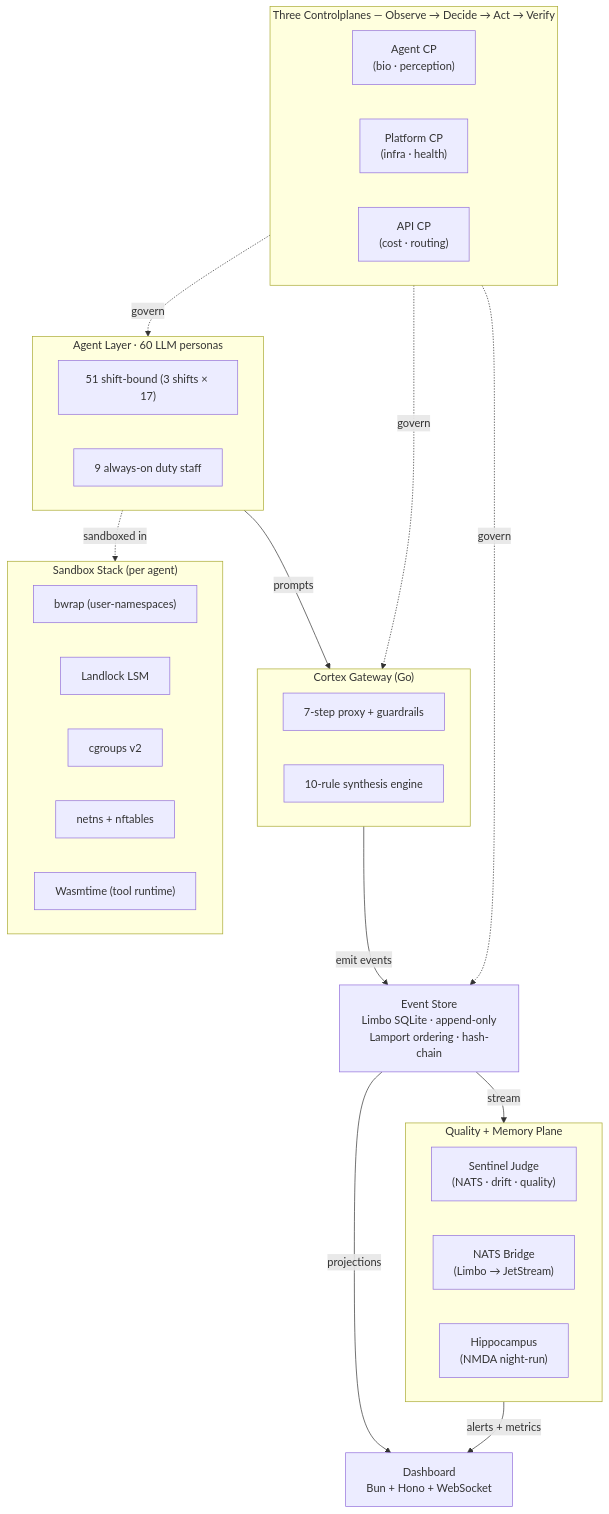
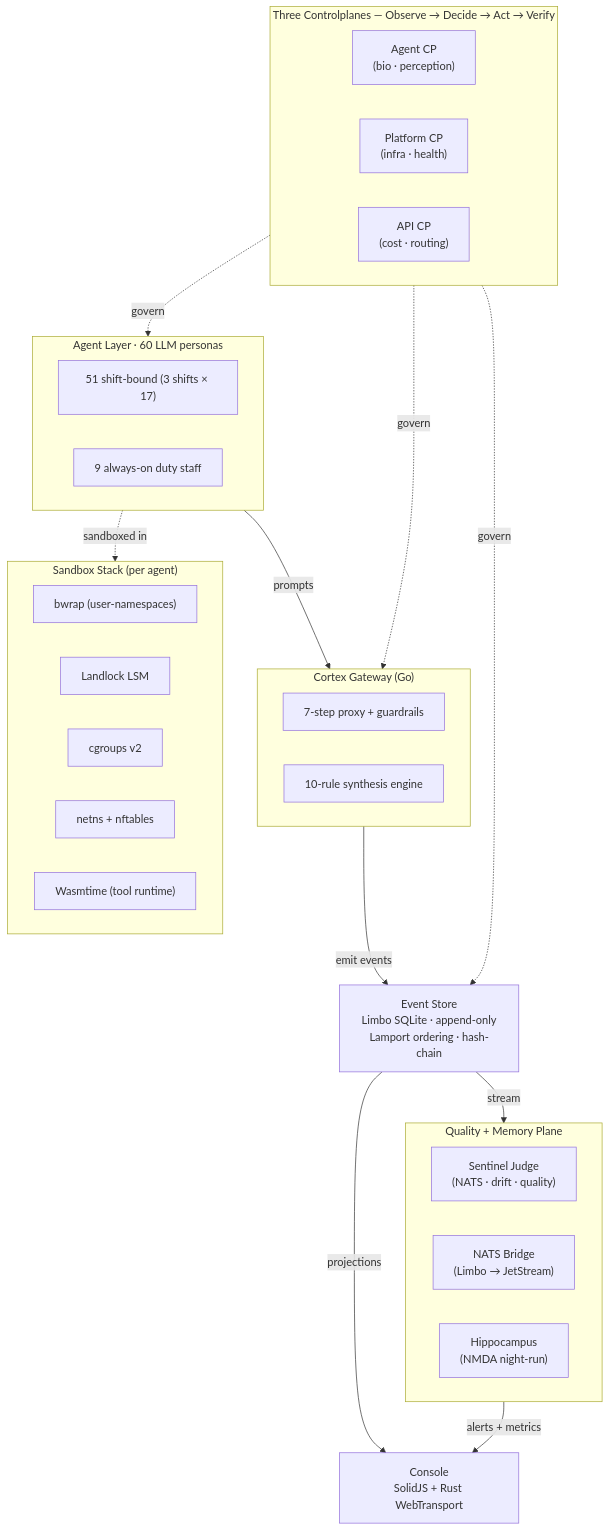
One commit to silentspike/project-sentinel changed the diagram in README.md. Above: the diagram before and after it, drawn with Mermaid. The commit also changed other lines of this file and 101 other files, not shown here.

Commit message:
feat(console): complete proxy views and remove bun dashboard

````diff
--- a/README.md
+++ b/README.md
@@ -60,47 +60,47 @@
 ```mermaid
 flowchart TB
   subgraph AGENTS["Agent Layer · 60 LLM personas"]
     A1["51 shift-bound (3 shifts × 17)"]
     A2["9 always-on duty staff"]
   end
 
   subgraph SANDBOX["Sandbox Stack (per agent)"]
     S1["bwrap (user-namespaces)"]
     S2["Landlock LSM"]
     S3["cgroups v2"]
     S4["netns + nftables"]
     S5["Wasmtime (tool runtime)"]
   end
 
   subgraph CP["Three Controlplanes — Observe → Decide → Act → Verify"]
     direction LR
     AGCP["Agent CP<br/>(bio · perception)"]
     PLCP["Platform CP<br/>(infra · health)"]
     APCP["API CP<br/>(cost · routing)"]
   end
 
   STORE["Event Store<br/>Limbo SQLite · append-only<br/>Lamport ordering · hash-chain"]
 
   subgraph GATEWAY["Cortex Gateway (Go)"]
     G1["7-step proxy + guardrails"]
     G2["10-rule synthesis engine"]
   end
 
   subgraph BRIDGE["Quality + Memory Plane"]
     J1["Sentinel Judge<br/>(NATS · drift · quality)"]
     J2["NATS Bridge<br/>(Limbo → JetStream)"]
     J3["Hippocampus<br/>(NMDA night-run)"]
   end
 
-  DASH["Dashboard<br/>Bun + Hono + WebSocket"]
+  DASH["Console<br/>SolidJS + Rust WebTransport"]
 
   AGENTS -.->|"sandboxed in"| SANDBOX
   AGENTS -->|prompts| GATEWAY
   GATEWAY -->|emit events| STORE
   STORE -->|projections| DASH
   STORE -->|stream| BRIDGE
   CP -.->|govern| AGENTS
   CP -.->|govern| GATEWAY
   CP -.->|govern| STORE
   BRIDGE -->|alerts + metrics| DASH
 ```
````
